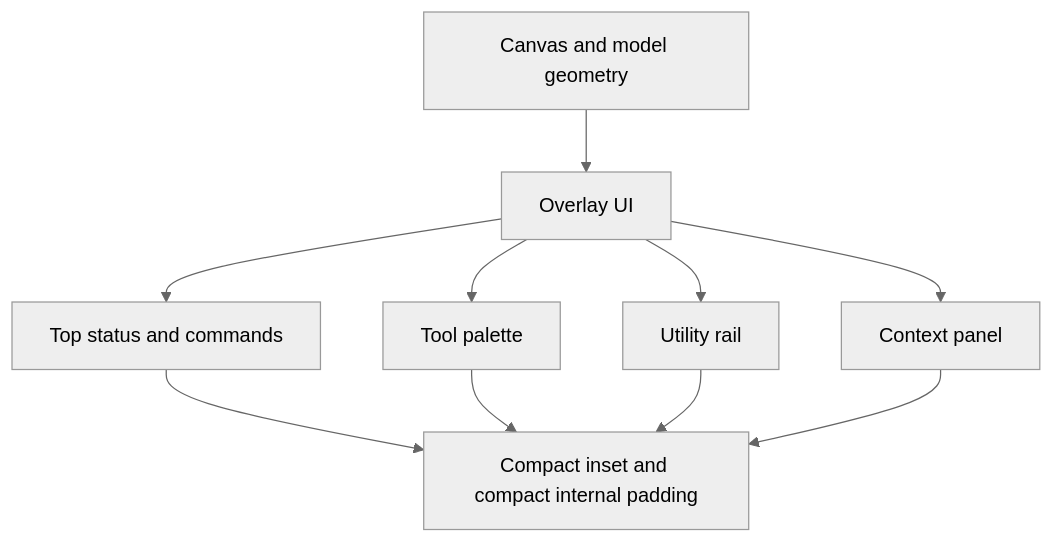
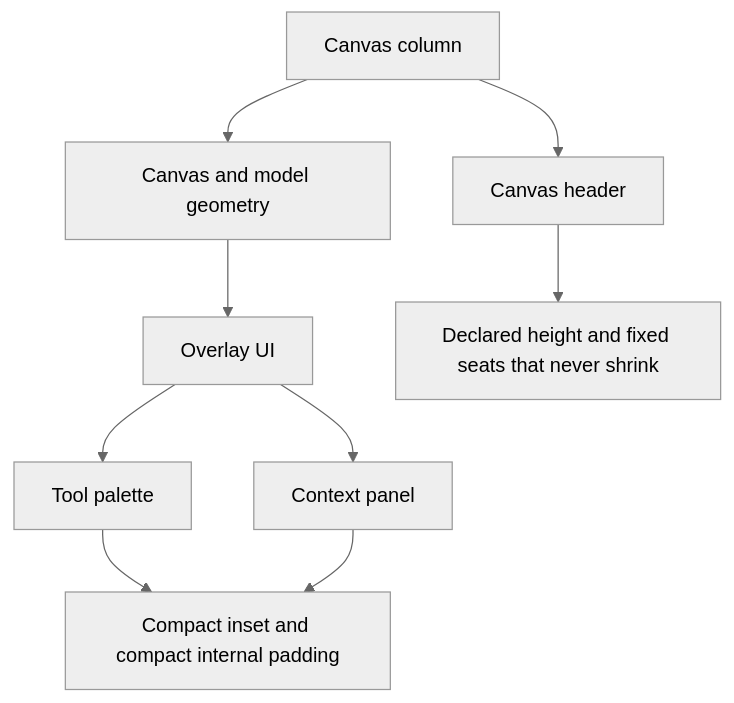
The diagram in RupaKit/DESIGN_GUIDE.md (1amageek/Rupa), drawn with Mermaid (neutral theme) before and after one commit. The commit also changed other lines of this file and 25 other files, not shown here.

````diff
--- a/RupaKit/DESIGN_GUIDE.md
+++ b/RupaKit/DESIGN_GUIDE.md
@@ -7,12 +7,11 @@
 ```mermaid
 flowchart TD
-    Canvas[Canvas and model geometry] --> Overlay[Overlay UI]
-    Overlay --> Chrome[Top status and commands]
+    Column[Canvas column] --> Header[Canvas header]
+    Column --> Canvas[Canvas and model geometry]
+    Canvas --> Overlay[Overlay UI]
     Overlay --> Tools[Tool palette]
-    Overlay --> Rail[Utility rail]
     Overlay --> Context[Context panel]
-    Chrome --> Rule[Compact inset and compact internal padding]
-    Tools --> Rule
-    Rail --> Rule
+    Header --> Seat[Declared height and fixed seats that never shrink]
+    Tools --> Rule[Compact inset and compact internal padding]
     Context --> Rule
 ```
````
